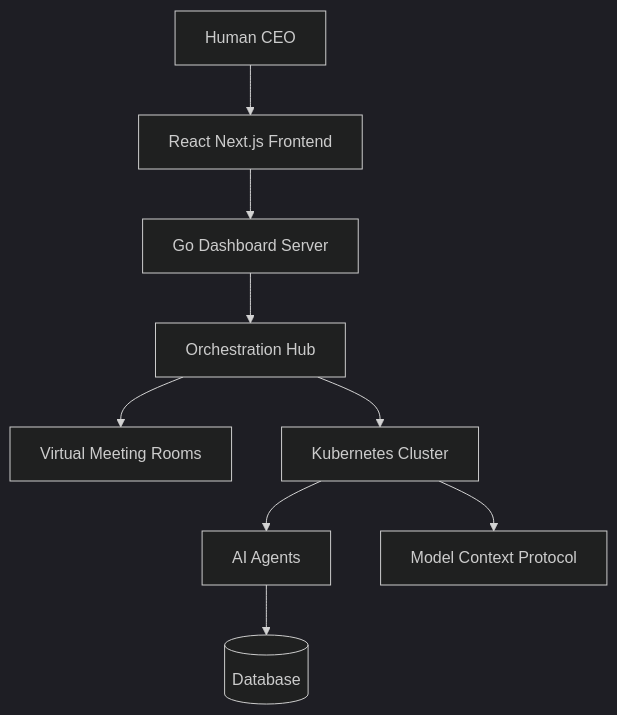
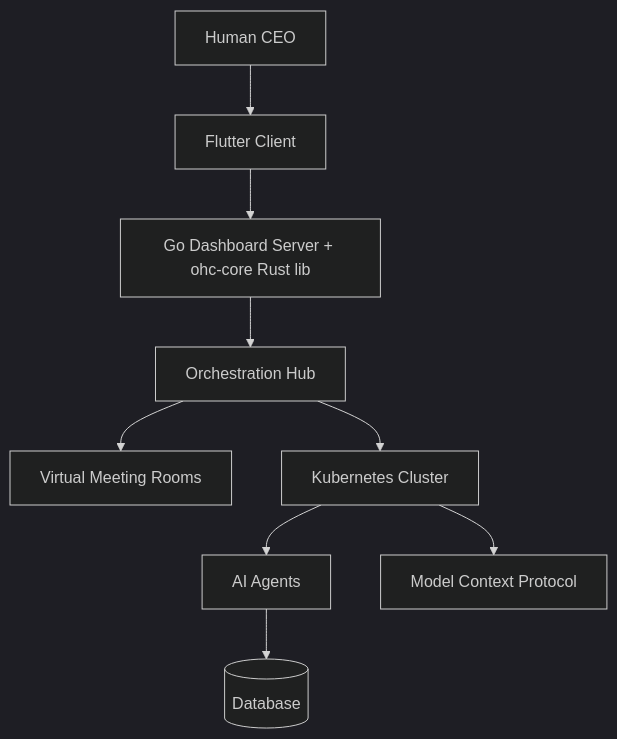
The diagram in docs/README.md (onehumancorp/mono), drawn with Mermaid (dark theme) before and after one commit. The commit also changed other lines of this file and 8 other files, not shown here.

First line of the commit message:
docs: harmonize architecture documentation and extract technical debt

````diff
--- a/docs/README.md
+++ b/docs/README.md
@@ -22,11 +25,11 @@
 ```mermaid
 graph TD;
-    User[Human CEO] --> Frontend[React Next.js Frontend];
-    Frontend --> Backend[Go Dashboard Server];
+    User[Human CEO] --> Frontend[Flutter Client];
+    Frontend --> Backend[Go Dashboard Server + ohc-core Rust lib];
     Backend --> Hub[Orchestration Hub];
     Hub --> Rooms[Virtual Meeting Rooms];
     Hub --> K8s[Kubernetes Cluster];
     K8s --> Agents[AI Agents];
     Agents --> DB[(Database)];
     K8s --> MCP[Model Context Protocol];
 ```
````
